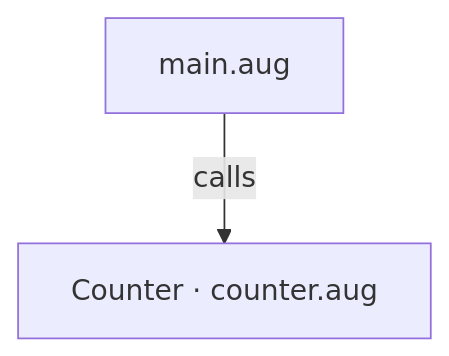
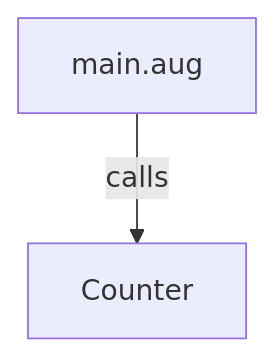
One commit to GreenPandaStudios/augscript changed the first of 3 diagrams in docs/examples/visibility/main-diagrams.md. Above: the diagram before and after it, drawn with Mermaid. The commit also changed other lines of this file and 524 other files, not shown here.

Commit message:
Explain checked data flow at folder and service levels

````diff
--- a/docs/examples/visibility/main-diagrams.md
+++ b/docs/examples/visibility/main-diagrams.md
@@ -19,6 +19,6 @@
 ```mermaid
 flowchart TD
-    n0["Counter · counter.aug"]
+    n0["Counter"]
     n1["main.aug"]
     n1 -->|"calls"| n0
 ```
````
